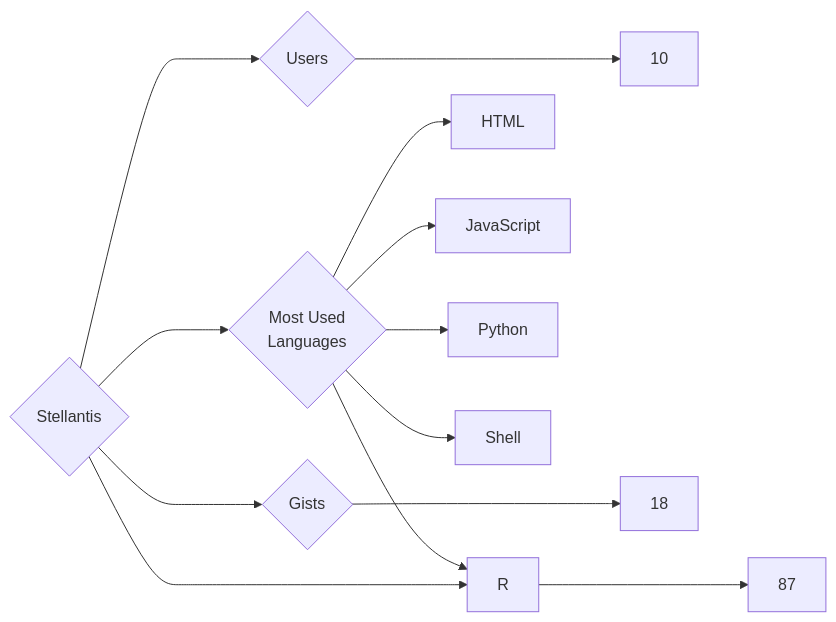
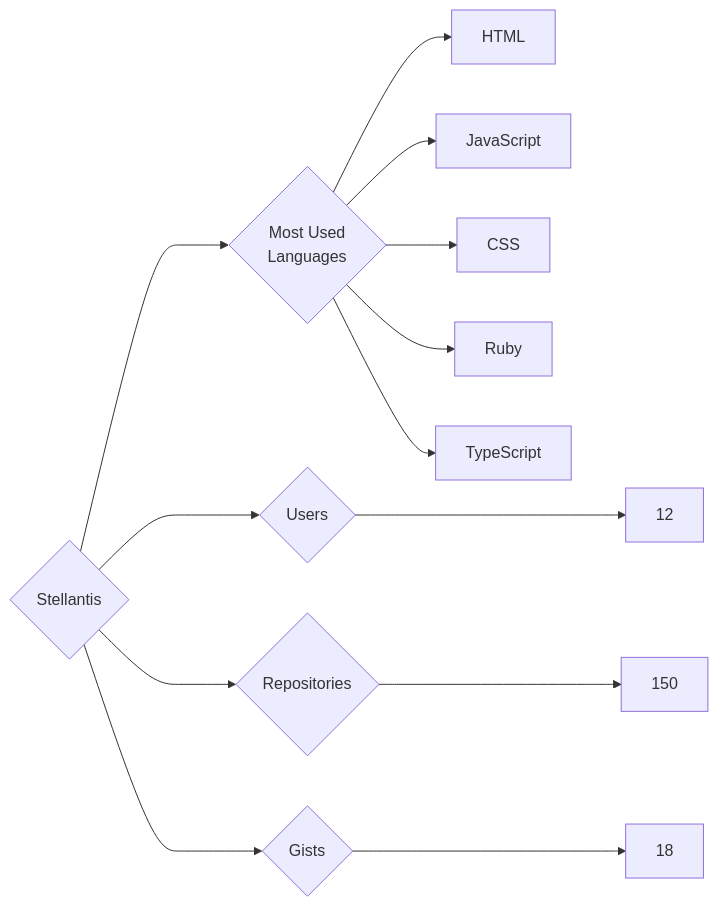
Before and after one commit to trickest/insiders: the diagram in targets/Stellantis/README.md, drawn with Mermaid. The commit also changed 1479 other files, not shown here.

````diff
--- a/targets/Stellantis/README.md
+++ b/targets/Stellantis/README.md
@@ -3,13 +3,13 @@
 ```mermaid
 graph LR
 COMPANY_NAME{Stellantis}
-COMPANY_NAME ---> U{Users} ---> UN[10]
-COMPANY_NAME ---> R{Repositories} ---> RN[87]
+COMPANY_NAME ---> U{Users} ---> UN[12]
+COMPANY_NAME ---> R{Repositories} ---> RN[150]
 COMPANY_NAME ---> G{Gists} ---> GN[18]
 COMPANY_NAME ---> ML{Most Used<br>Languages}
 ML --> HTML[HTML]
 ML --> JavaScript[JavaScript]
-ML --> R[R]
-ML --> Python[Python]
-ML --> Shell[Shell]
+ML --> CSS[CSS]
+ML --> Ruby[Ruby]
+ML --> TypeScript[TypeScript]
 ```
````
